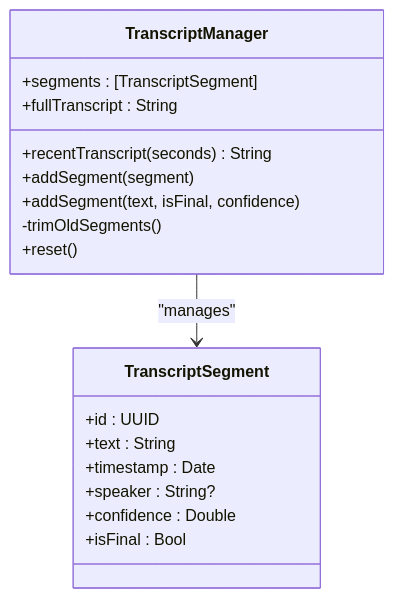
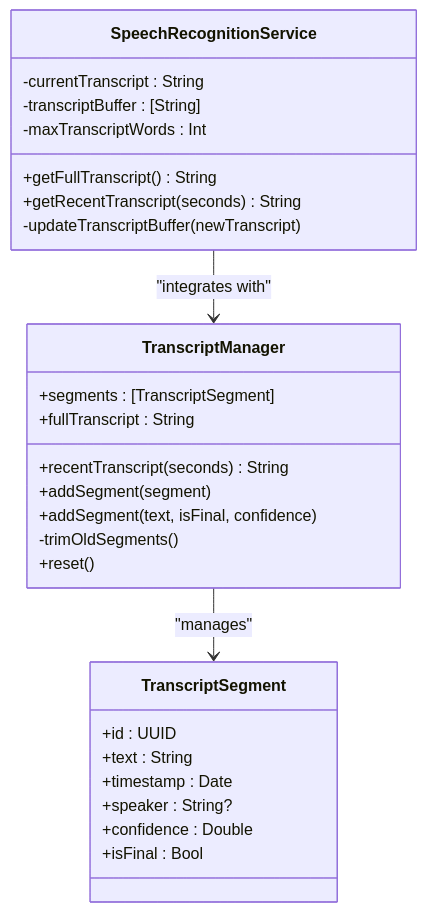
The fourth of 4 diagrams in .qoder/repowiki/en/content/Core Services/Speech Recognition.md (alexandreybasta-cyber/factshield-ios), drawn with Mermaid before and after one commit. The commit also changed other lines of this file and 97 other files, not shown here.

````diff
--- a/.qoder/repowiki/en/content/Core Services/Speech Recognition.md
+++ b/.qoder/repowiki/en/content/Core Services/Speech Recognition.md
@@ -231,21 +219,30 @@
 ```mermaid
 classDiagram
 class TranscriptManager {
 +segments : [TranscriptSegment]
 +fullTranscript : String
 +recentTranscript(seconds) String
 +addSegment(segment)
 +addSegment(text, isFinal, confidence)
 -trimOldSegments()
 +reset()
 }
 class TranscriptSegment {
 +id : UUID
 +text : String
 +timestamp : Date
 +speaker : String?
 +confidence : Double
 +isFinal : Bool
 }
+class SpeechRecognitionService {
+-currentTranscript : String
+-transcriptBuffer : [String]
+-maxTranscriptWords : Int
++getFullTranscript() String
++getRecentTranscript(seconds) String
+-updateTranscriptBuffer(newTranscript)
+}
 TranscriptManager --> TranscriptSegment : "manages"
+SpeechRecognitionService --> TranscriptManager : "integrates with"
 ```
````
